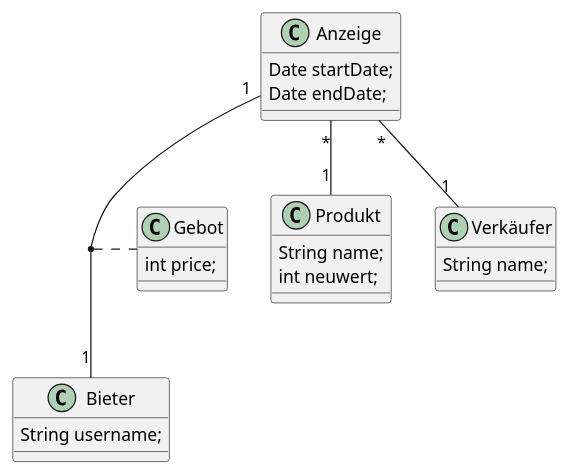
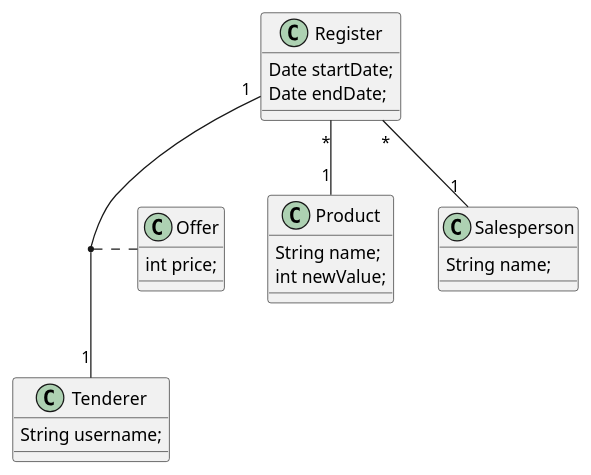
The first of 2 diagrams in asciidocs/index.adoc (2122-3bhitm-itp/02-project-versteigerungs-programm), drawn with PlantUML before and after one commit.

Commit message:
Abänderung Klassendiagramm

```diff
--- a/asciidocs/index.adoc
+++ b/asciidocs/index.adoc
@@ -134,35 +134,35 @@
 [plantuml, Klassen2.puml, svg]
 ----
 'https://plantuml.com/class-diagram
 
-class Anzeige{
+class Register{
     Date startDate;
     Date endDate;
 }
 
-class Produkt{
+class Product{
     String name;
-    int neuwert;
+    int newValue;
 }
 
-class Bieter{
+class Tenderer{
     String username;
 }
 
-class Verkäufer{
+class Salesperson{
     String name;
 }
 
-class Gebot{
+class Offer{
     int price;
 }
 
-Anzeige "*" -- "1" Produkt
+Register"*" -- "1" Product
 
-Anzeige "*" -- "1"Verkäufer
+Register"*" -- "1"Salesperson
 
-Anzeige"1" -- "1"Bieter
+Register"1" -- "1"Tenderer
 
-(Anzeige, Bieter) ... Gebot
+(Register, Tenderer) ... Offer
 
 ----
```
